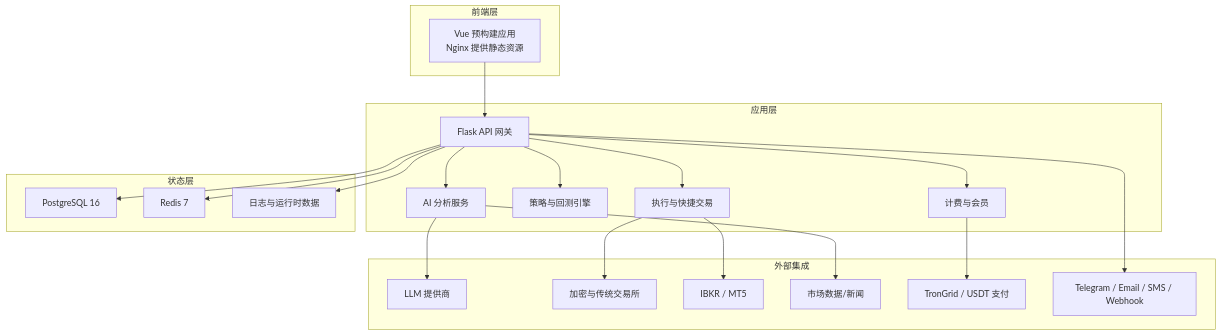
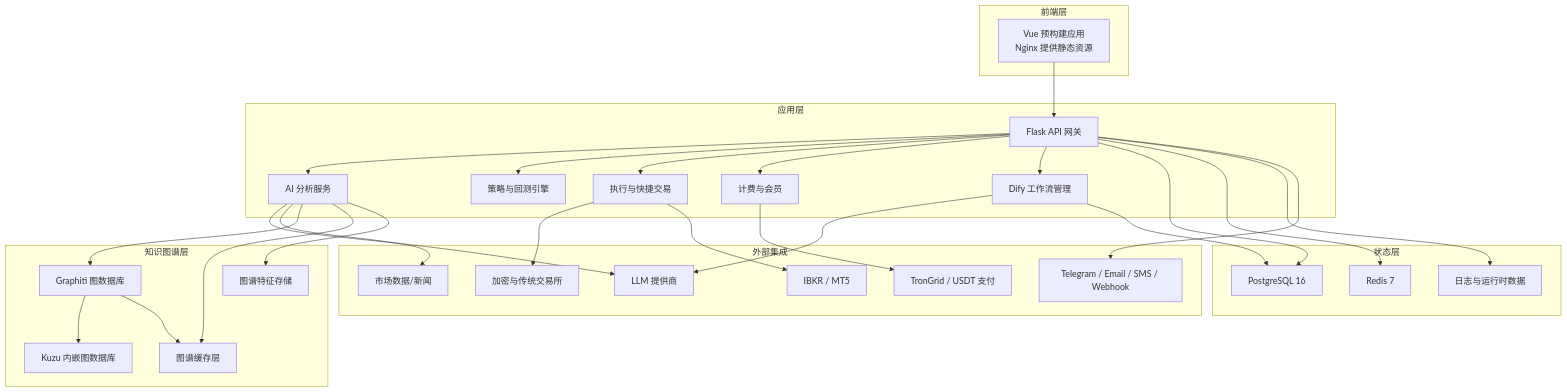
Before and after one commit to joezxh/QuantDinger: the first of 9 diagrams in .qoder/repowiki/zh/content/项目概述/系统架构概览.md, drawn with Mermaid. The commit also changed other lines of this file and 27 other files, not shown here.

````diff
--- a/.qoder/repowiki/zh/content/项目概述/系统架构概览.md
+++ b/.qoder/repowiki/zh/content/项目概述/系统架构概览.md
@@ -54,40 +84,55 @@
 ```mermaid
 graph TB
 subgraph "前端层"
 FE["Vue 预构建应用<br/>Nginx 提供静态资源"]
 end
 subgraph "应用层"
 API["Flask API 网关"]
 AI["AI 分析服务"]
 STRAT["策略与回测引擎"]
 EXEC["执行与快捷交易"]
 BILL["计费与会员"]
+DIFY["Dify 工作流管理"]
 end
 subgraph "状态层"
 PG["PostgreSQL 16"]
 REDIS["Redis 7"]
 FILES["日志与运行时数据"]
+end
+subgraph "知识图谱层"
+GRAPHITI["Graphiti 图数据库"]
+KUZU["Kuzu 内嵌图数据库"]
+CACHE["图谱缓存层"]
+FEATURES["图谱特征存储"]
 end
 subgraph "外部集成"
 LLM["LLM 提供商"]
 EXCH["加密与传统交易所"]
 BROKER["IBKR / MT5"]
 MARKET["市场数据/新闻"]
 PAY["TronGrid / USDT 支付"]
 NOTIFY["Telegram / Email / SMS / Webhook"]
 end
 FE --> API
 API --> AI
 API --> STRAT
 API --> EXEC
 API --> BILL
+API --> DIFY
 API --> PG
 API --> REDIS
 API --> FILES
 AI --> LLM
 AI --> MARKET
+AI --> GRAPHITI
+AI --> CACHE
+AI --> FEATURES
 EXEC --> EXCH
 EXEC --> BROKER
 BILL --> PAY
 API --> NOTIFY
+DIFY --> LLM
+DIFY --> PG
+GRAPHITI --> KUZU
+GRAPHITI --> CACHE
 ```
````
